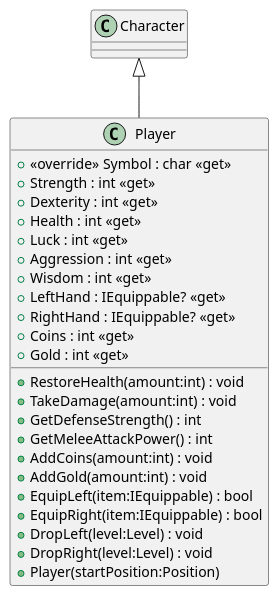
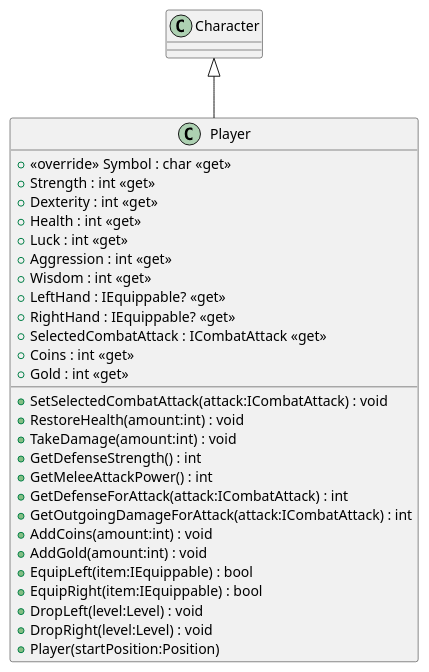
One commit to hriday111/RPG-game changed the diagram in diagrams/plantuml/character/Player.puml. Above: the diagram before and after it, drawn with PlantUML. The commit also changed 15 other files, not shown here.

```diff
--- a/diagrams/plantuml/character/Player.puml
+++ b/diagrams/plantuml/character/Player.puml
@@ -1,27 +1,31 @@
 @startuml
 class Player {
     + <<override>> Symbol : char <<get>>
     + Strength : int <<get>>
     + Dexterity : int <<get>>
     + Health : int <<get>>
     + Luck : int <<get>>
     + Aggression : int <<get>>
     + Wisdom : int <<get>>
     + LeftHand : IEquippable? <<get>>
     + RightHand : IEquippable? <<get>>
+    + SelectedCombatAttack : ICombatAttack <<get>>
+    + SetSelectedCombatAttack(attack:ICombatAttack) : void
     + RestoreHealth(amount:int) : void
     + TakeDamage(amount:int) : void
     + GetDefenseStrength() : int
     + GetMeleeAttackPower() : int
+    + GetDefenseForAttack(attack:ICombatAttack) : int
+    + GetOutgoingDamageForAttack(attack:ICombatAttack) : int
     + Coins : int <<get>>
     + Gold : int <<get>>
     + AddCoins(amount:int) : void
     + AddGold(amount:int) : void
     + EquipLeft(item:IEquippable) : bool
     + EquipRight(item:IEquippable) : bool
     + DropLeft(level:Level) : void
     + DropRight(level:Level) : void
     + Player(startPosition:Position)
 }
 Character <|-- Player
 @enduml
```
